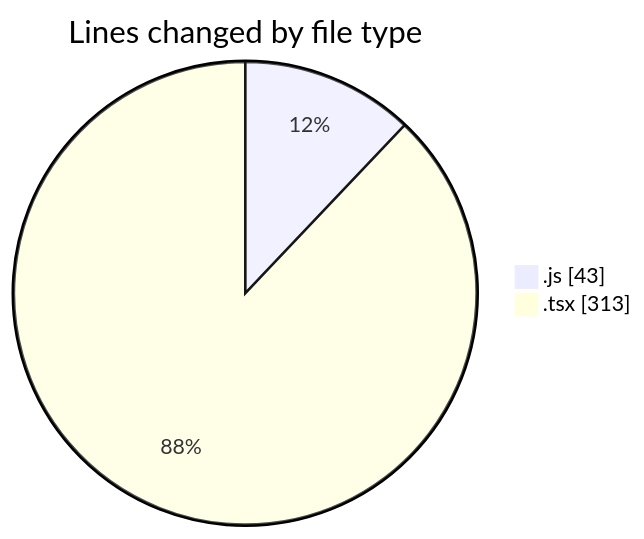
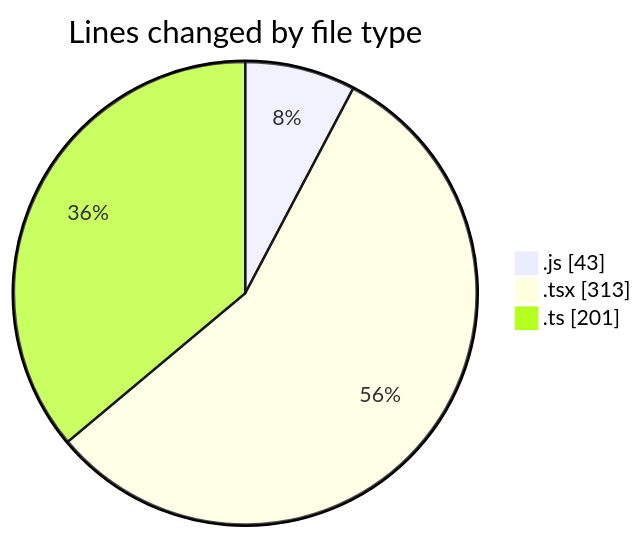
Before and after one commit to momahboobian/code-tracking: the first of 2 diagrams in 2026-03-09/cda/README.md, drawn with Mermaid. The commit also changed other lines of this file and 1 other file, not shown here.

````diff
--- a/2026-03-09/cda/README.md
+++ b/2026-03-09/cda/README.md
@@ -24,6 +25,7 @@
 ```mermaid
 pie showData
 title Lines changed by file type
 ".js" : 43
 ".tsx" : 313
+".ts" : 201
 ```
````
